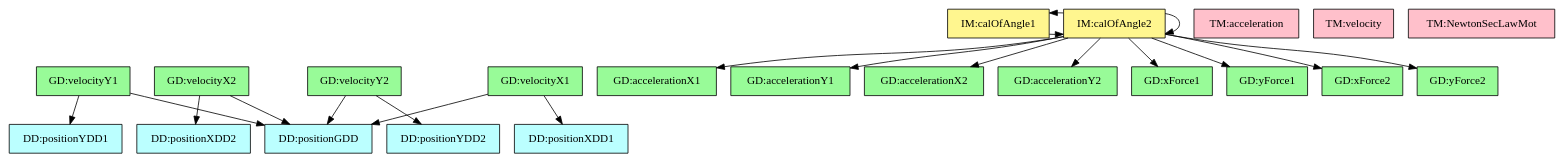
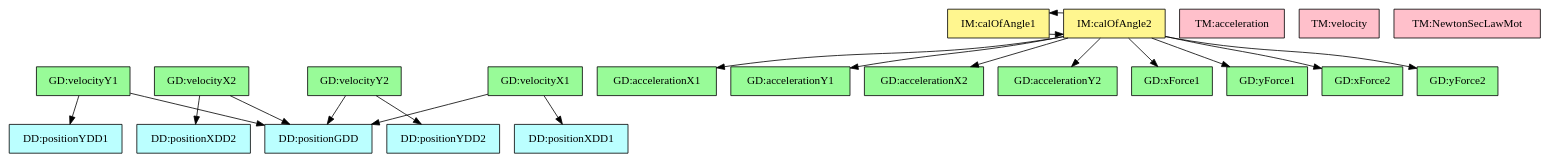
Before and after one commit to JacquesCarette/Drasil: the diagram in code/stable/dblpend/TraceyGraph/refvsref.dot, drawn with Graphviz. The commit also changed 29 other files, not shown here.

```diff
--- a/code/stable/dblpend/TraceyGraph/refvsref.dot
+++ b/code/stable/dblpend/TraceyGraph/refvsref.dot
@@ -1,59 +1,58 @@
 digraph "refvsref" {
     "theory:v_x1" -> "dataDefn:velocity";
     "theory:v_x1" -> "dataDefn:p_x1";
     "theory:v_y1" -> "dataDefn:velocity";
     "theory:v_y1" -> "dataDefn:p_y1";
     "theory:v_x2" -> "dataDefn:velocity";
     "theory:v_x2" -> "dataDefn:p_x2";
     "theory:v_y2" -> "dataDefn:velocity";
     "theory:v_y2" -> "dataDefn:p_y2";
     "theory:angleIM1" -> "theory:angleIM2";
     "theory:angleIM2" -> "theory:a_x1";
     "theory:angleIM2" -> "theory:a_y1";
     "theory:angleIM2" -> "theory:a_x2";
     "theory:angleIM2" -> "theory:a_y2";
     "theory:angleIM2" -> "theory:xForce1";
     "theory:angleIM2" -> "theory:yForce1";
     "theory:angleIM2" -> "theory:xForce2";
     "theory:angleIM2" -> "theory:yForce2";
     "theory:angleIM2" -> "theory:angleIM1";
-    "theory:angleIM2" -> "theory:angleIM2";
     "dataDefn:velocity" [shape=box, color=black, style=filled, fillcolor="paleturquoise1", label="DD:positionGDD"];
     "dataDefn:p_x1" [shape=box, color=black, style=filled, fillcolor="paleturquoise1", label="DD:positionXDD1"];
     "dataDefn:p_y1" [shape=box, color=black, style=filled, fillcolor="paleturquoise1", label="DD:positionYDD1"];
     "dataDefn:p_x2" [shape=box, color=black, style=filled, fillcolor="paleturquoise1", label="DD:positionXDD2"];
     "dataDefn:p_y2" [shape=box, color=black, style=filled, fillcolor="paleturquoise1", label="DD:positionYDD2"];
     subgraph "DD" {
         rank="same";
         "dataDefn:velocity" "dataDefn:p_x1" "dataDefn:p_y1" "dataDefn:p_x2" "dataDefn:p_y2";
     }
     "theory:accelerationTM" [shape=box, color=black, style=filled, fillcolor="pink", label="TM:acceleration"];
     "theory:velocityTM" [shape=box, color=black, style=filled, fillcolor="pink", label="TM:velocity"];
     "theory:newtonSL" [shape=box, color=black, style=filled, fillcolor="pink", label="TM:NewtonSecLawMot"];
     subgraph "TM" {
         rank="same";
         "theory:accelerationTM" "theory:velocityTM" "theory:newtonSL";
     }
     "theory:v_x1" [shape=box, color=black, style=filled, fillcolor="palegreen", label="GD:velocityX1"];
     "theory:v_y1" [shape=box, color=black, style=filled, fillcolor="palegreen", label="GD:velocityY1"];
     "theory:v_x2" [shape=box, color=black, style=filled, fillcolor="palegreen", label="GD:velocityX2"];
     "theory:v_y2" [shape=box, color=black, style=filled, fillcolor="palegreen", label="GD:velocityY2"];
     "theory:a_x1" [shape=box, color=black, style=filled, fillcolor="palegreen", label="GD:accelerationX1"];
     "theory:a_y1" [shape=box, color=black, style=filled, fillcolor="palegreen", label="GD:accelerationY1"];
     "theory:a_x2" [shape=box, color=black, style=filled, fillcolor="palegreen", label="GD:accelerationX2"];
     "theory:a_y2" [shape=box, color=black, style=filled, fillcolor="palegreen", label="GD:accelerationY2"];
     "theory:xForce1" [shape=box, color=black, style=filled, fillcolor="palegreen", label="GD:xForce1"];
     "theory:yForce1" [shape=box, color=black, style=filled, fillcolor="palegreen", label="GD:yForce1"];
     "theory:xForce2" [shape=box, color=black, style=filled, fillcolor="palegreen", label="GD:xForce2"];
     "theory:yForce2" [shape=box, color=black, style=filled, fillcolor="palegreen", label="GD:yForce2"];
     subgraph "GD" {
         rank="same";
         "theory:v_x1" "theory:v_y1" "theory:v_x2" "theory:v_y2" "theory:a_x1" "theory:a_y1" "theory:a_x2" "theory:a_y2" "theory:xForce1" "theory:yForce1" "theory:xForce2" "theory:yForce2";
     }
     "theory:angleIM1" [shape=box, color=black, style=filled, fillcolor="khaki1", label="IM:calOfAngle1"];
     "theory:angleIM2" [shape=box, color=black, style=filled, fillcolor="khaki1", label="IM:calOfAngle2"];
     subgraph "IM" {
         rank="same";
         "theory:angleIM1" "theory:angleIM2";
     }
 }
```
